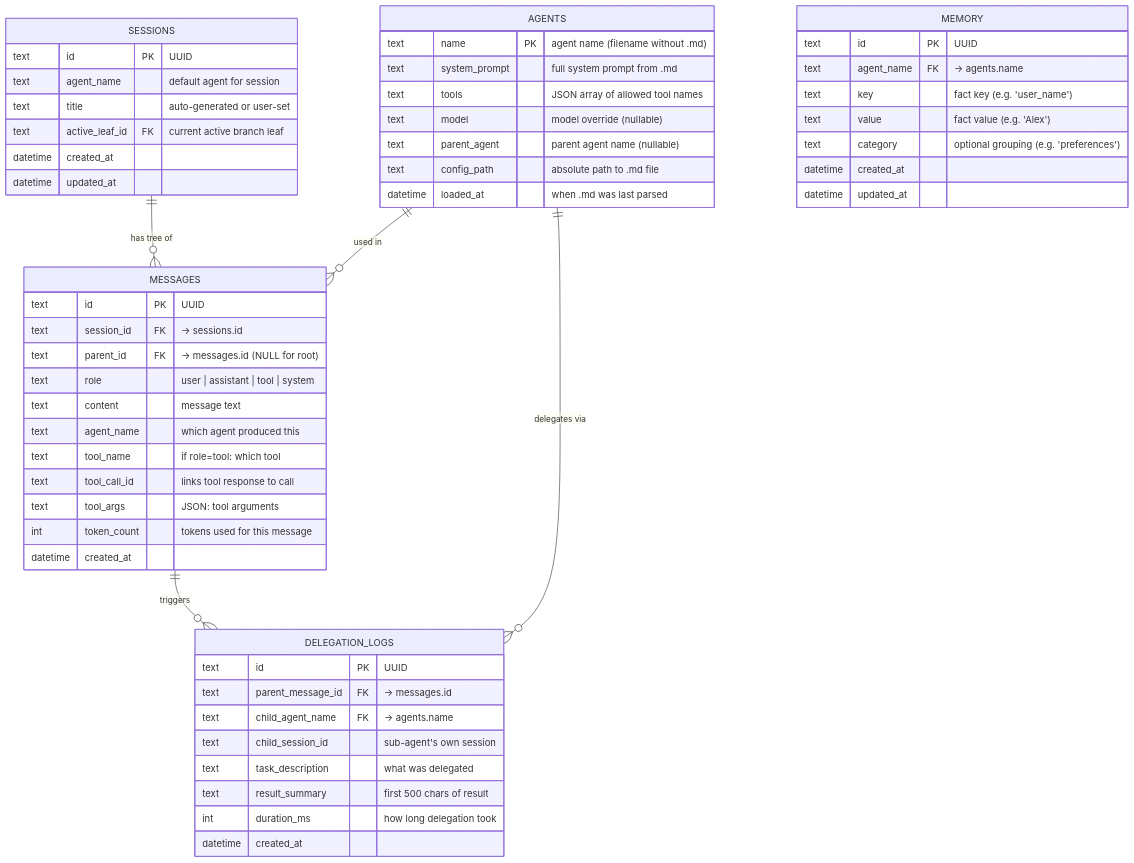
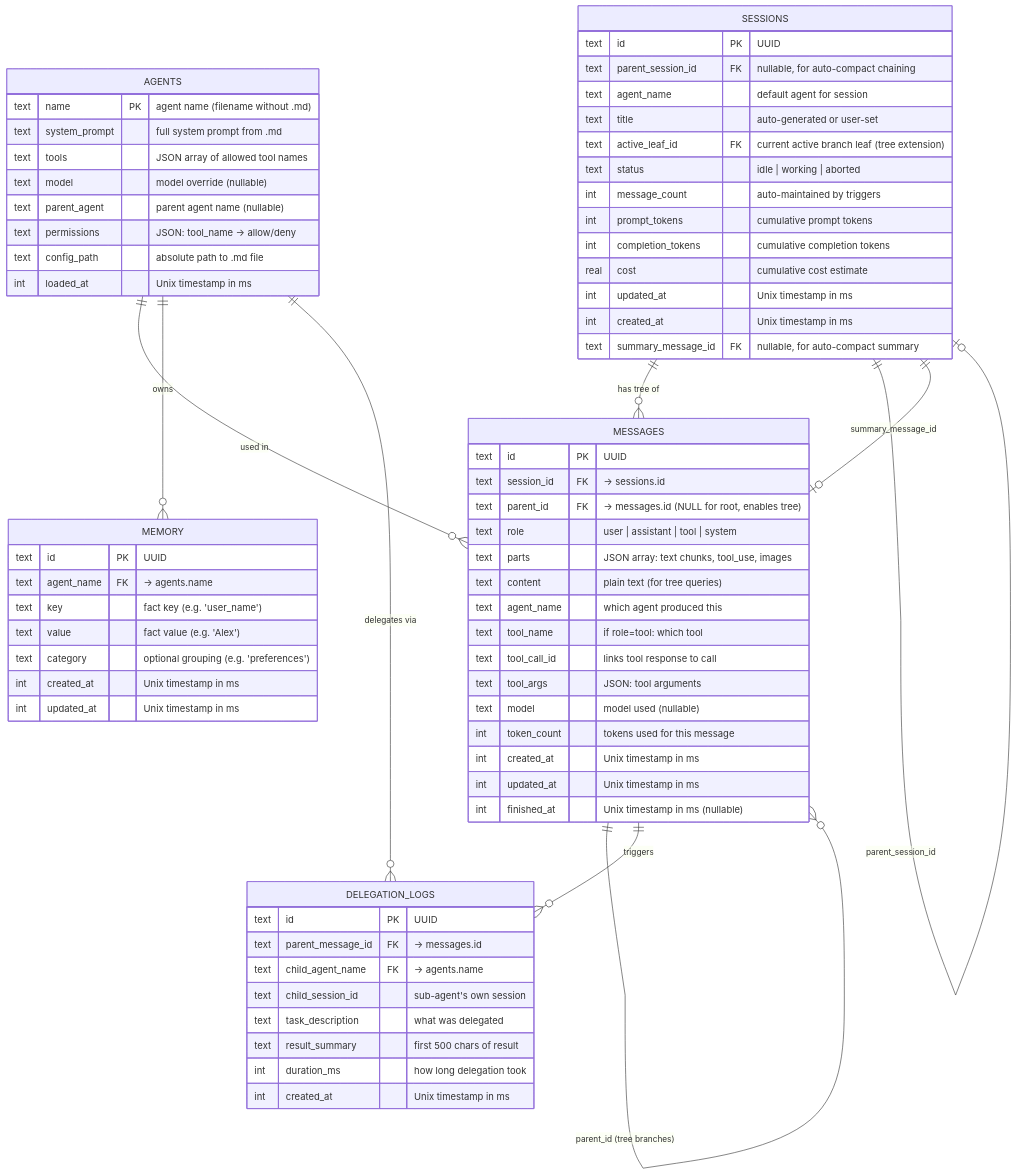
One commit to SubNoted/GopenGAI changed the diagram in DOCS/diagrams/05-database-erd.md. Above: the diagram before and after it, drawn with Mermaid. The commit also changed other lines of this file and 7 other files, not shown here.

````diff
--- a/DOCS/diagrams/05-database-erd.md
+++ b/DOCS/diagrams/05-database-erd.md
@@ -5,61 +7,77 @@
 ```mermaid
 erDiagram
     SESSIONS ||--o{ MESSAGES : "has tree of"
+    SESSIONS ||--o| SESSIONS : "parent_session_id"
+    SESSIONS ||--o| MESSAGES : "summary_message_id"
+    MESSAGES ||--o{ MESSAGES : "parent_id (tree branches)"
     AGENTS ||--o{ MESSAGES : "used in"
+    AGENTS ||--o{ MEMORY : "owns"
     AGENTS ||--o{ DELEGATION_LOGS : "delegates via"
     MESSAGES ||--o{ DELEGATION_LOGS : "triggers"
 
     SESSIONS {
         text id PK "UUID"
+        text parent_session_id FK "nullable, for auto-compact chaining"
         text agent_name "default agent for session"
         text title "auto-generated or user-set"
-        text active_leaf_id FK "current active branch leaf"
-        datetime created_at
-        datetime updated_at
+        text active_leaf_id FK "current active branch leaf (tree extension)"
+        text status "idle | working | aborted"
+        int message_count "auto-maintained by triggers"
+        int prompt_tokens "cumulative prompt tokens"
+        int completion_tokens "cumulative completion tokens"
+        real cost "cumulative cost estimate"
+        int updated_at "Unix timestamp in ms"
+        int created_at "Unix timestamp in ms"
+        text summary_message_id FK "nullable, for auto-compact summary"
     }
 
     MESSAGES {
         text id PK "UUID"
         text session_id FK "→ sessions.id"
-        text parent_id FK "→ messages.id (NULL for root)"
+        text parent_id FK "→ messages.id (NULL for root, enables tree)"
         text role "user | assistant | tool | system"
-        text content "message text"
+        text parts "JSON array: text chunks, tool_use, images"
+        text content "plain text (for tree queries)"
         text agent_name "which agent produced this"
         text tool_name "if role=tool: which tool"
         text tool_call_id "links tool response to call"
         text tool_args "JSON: tool arguments"
+        text model "model used (nullable)"
         int token_count "tokens used for this message"
-        datetime created_at
+        int created_at "Unix timestamp in ms"
+        int updated_at "Unix timestamp in ms"
+        int finished_at "Unix timestamp in ms (nullable)"
     }
 
     AGENTS {
         text name PK "agent name (filename without .md)"
         text system_prompt "full system prompt from .md"
         text tools "JSON array of allowed tool names"
         text model "model override (nullable)"
         text parent_agent "parent agent name (nullable)"
+        text permissions "JSON: tool_name → allow/deny"
         text config_path "absolute path to .md file"
-        datetime loaded_at "when .md was last parsed"
+        int loaded_at "Unix timestamp in ms"
     }
 
     MEMORY {
         text id PK "UUID"
         text agent_name FK "→ agents.name"
         text key "fact key (e.g. 'user_name')"
         text value "fact value (e.g. 'Alex')"
         text category "optional grouping (e.g. 'preferences')"
-        datetime created_at
-        datetime updated_at
+        int created_at "Unix timestamp in ms"
+        int updated_at "Unix timestamp in ms"
     }
 
     DELEGATION_LOGS {
         text id PK "UUID"
         text parent_message_id FK "→ messages.id"
         text child_agent_name FK "→ agents.name"
         text child_session_id "sub-agent's own session"
         text task_description "what was delegated"
         text result_summary "first 500 chars of result"
         int duration_ms "how long delegation took"
-        datetime created_at
+        int created_at "Unix timestamp in ms"
     }
 ```
````
